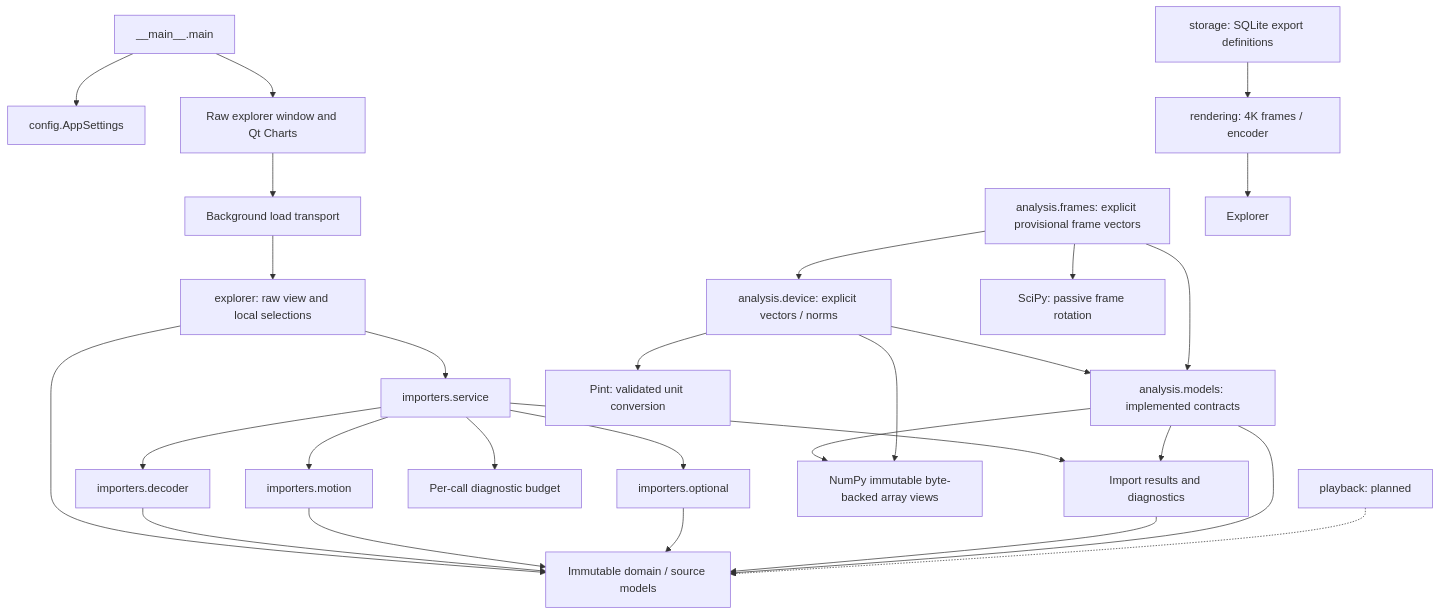
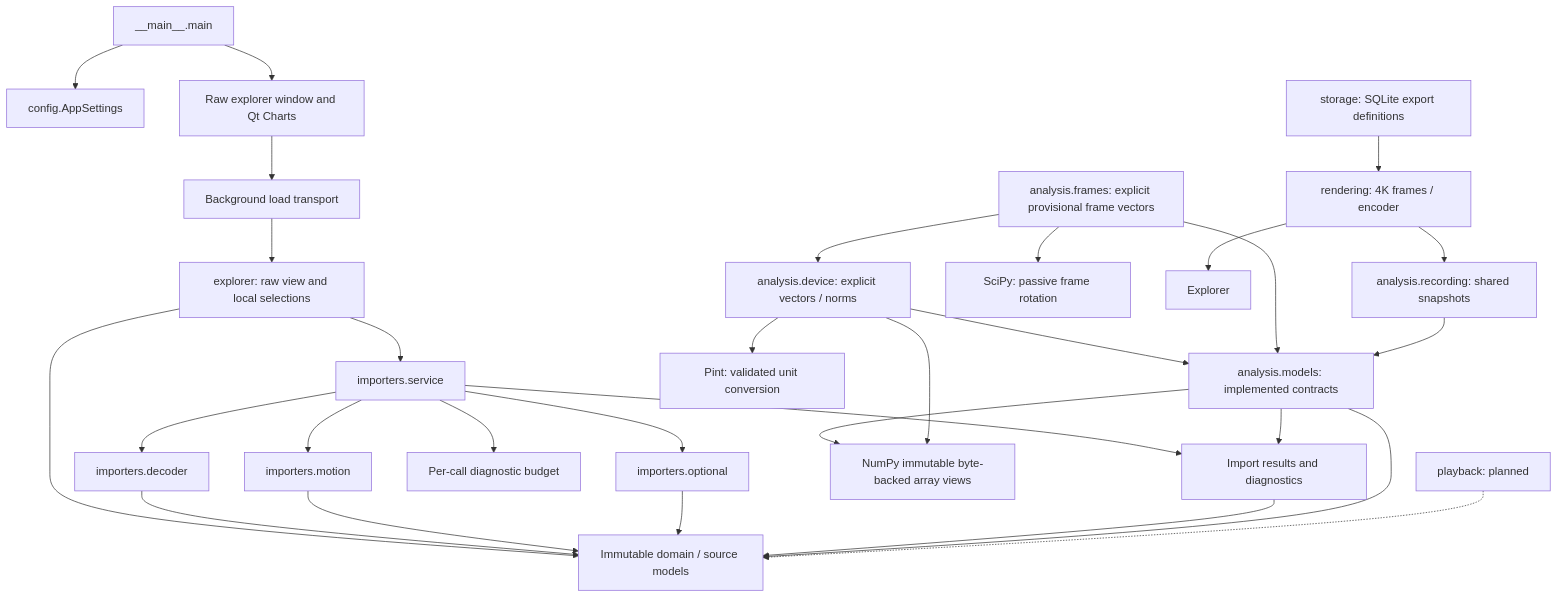
Before and after one commit to rudnerbjoern/ride-forces-analyzer: the diagram in docs/architecture/05_building_block_view.md, drawn with Mermaid. The commit also changed other lines of this file and 5 other files, not shown here.

````diff
--- a/docs/architecture/05_building_block_view.md
+++ b/docs/architecture/05_building_block_view.md
@@ -7,30 +7,32 @@
 ```mermaid
 flowchart TB
     Entry["__main__.main"] --> Settings["config.AppSettings"]
     Entry --> Qt["Raw explorer window and Qt Charts"]
     Qt --> Worker["Background load transport"]
     Worker --> Presentation["explorer: raw view and local selections"]
     Presentation --> Service
     Presentation --> Domain
     Service["importers.service"] --> Decoder["importers.decoder"]
     Service --> Motion["importers.motion"]
     Service --> Optional["importers.optional"]
     Service --> Budget["Per-call diagnostic budget"]
     Service --> Results["Import results and diagnostics"]
     Decoder --> Domain["Immutable domain / source models"]
     Motion --> Domain
     Optional --> Domain
     Results --> Domain
     Analysis["analysis.models: implemented contracts"] --> Domain
     Analysis --> Results
     Analysis --> NumPy["NumPy immutable byte-backed array views"]
     Device["analysis.device: explicit vectors / norms"] --> Analysis
     Device --> NumPy
     Device --> Pint["Pint: validated unit conversion"]
     Frames["analysis.frames: explicit provisional frame vectors"] --> Device
     Frames --> Analysis
     Frames --> SciPy["SciPy: passive frame rotation"]
     Storage["storage: SQLite export definitions"] --> Rendering
     Playback["playback: planned"] -.-> Domain
     Rendering["rendering: 4K frames / encoder"] --> Explorer
+    Rendering --> Recording["analysis.recording: shared snapshots"]
+    Recording --> Analysis
 ```
````
